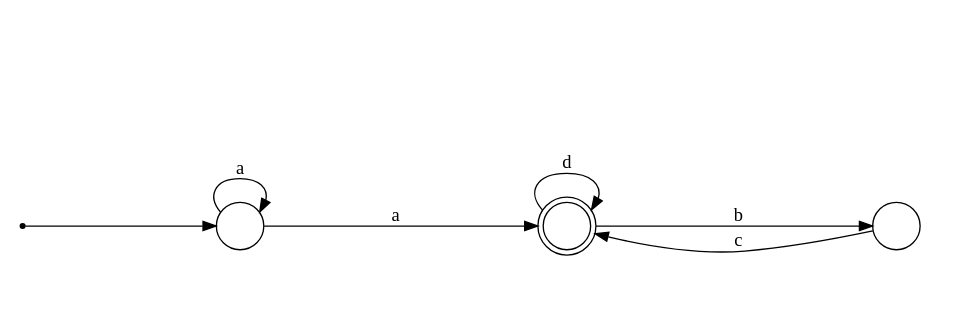
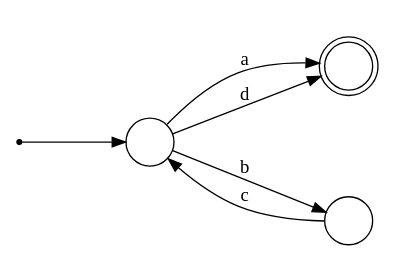
One commit to sentientcucumber/compiler changed the diagram in 04/doc/README.org. Above: the diagram before and after it, drawn with Graphviz. The commit also changed other lines of this file and 6 other files, not shown here.

```diff
--- a/04/doc/README.org
+++ b/04/doc/README.org
@@ -134,19 +134,18 @@
   #+BEGIN_SRC dot :file fsm.png :cmdline -Kdot -Tpng
   digraph G {
       rankdir = LR
       ratio = expand
-      size = "10,10"
+      size = "10,4"
       edge [dir=one]
 
-      node [shape = doublecircle, label = ""]; b;
+      node [shape = doublecircle, label = ""]; end;
       node [shape = point]; start;
       node [shape = circle, label = ""];
 
-      start -> a
-      a -> b [ label = "a" ]
-      b -> c [ label = "b" ]
-      b -> b [ label = "d" ]
-      a -> a [ label = "a" ]
-      c -> b [ label = "c" ]
+      start -> begin
+      begin -> first [label = "b"]
+      first -> begin [label = "c"]
+      begin -> end   [label = "a"]
+      begin -> end   [label = "d"]
   }
   #+END_SRC
```
